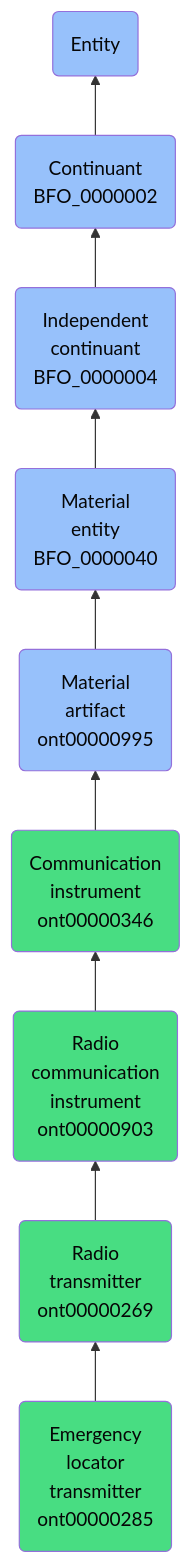
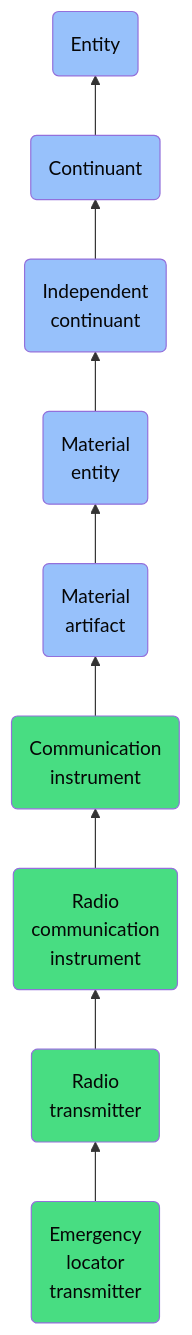
The diagram in docs/ontology/reference/model/Entity/Continuant/Independent continuant/Material entity/Material artifact/Communication instrument/Radio communication instrument/Radio transmitter/Emergency locator transmitter/Emergency locator transmitter.md (jupyter-naas/abi), drawn with Mermaid before and after one commit. The commit also changed other lines of this file and 1430 other files, not shown here.

````diff
--- a/docs/ontology/reference/model/Entity/Continuant/Independent continuant/Material entity/Material artifact/Communication instrument/Radio communication instrument/Radio transmitter/Emergency locator transmitter/Emergency locator transmitter.md
+++ b/docs/ontology/reference/model/Entity/Continuant/Independent continuant/Material entity/Material artifact/Communication instrument/Radio communication instrument/Radio transmitter/Emergency locator transmitter/Emergency locator transmitter.md
@@ -24,16 +24,16 @@
 ```mermaid
 graph BT
-    ont00000285(Emergency<br>locator<br>transmitter<br>ont00000285):::ABI-->ont00000269
-    ont00000269(Radio<br>transmitter<br>ont00000269):::ABI-->ont00000903
-    ont00000903(Radio<br>communication<br>instrument<br>ont00000903):::ABI-->ont00000346
-    ont00000346(Communication<br>instrument<br>ont00000346):::ABI-->ont00000995
-    ont00000995(Material<br>artifact<br>ont00000995):::BFO-->BFO_0000040
-    BFO_0000040(Material<br>entity<br>BFO_0000040):::BFO-->BFO_0000004
-    BFO_0000004(Independent<br>continuant<br>BFO_0000004):::BFO-->BFO_0000002
-    BFO_0000002(Continuant<br>BFO_0000002):::BFO-->BFO_0000001
+    ont00000285(Emergency<br>locator<br>transmitter):::ABI-->ont00000269
+    ont00000269(Radio<br>transmitter):::ABI-->ont00000903
+    ont00000903(Radio<br>communication<br>instrument):::ABI-->ont00000346
+    ont00000346(Communication<br>instrument):::ABI-->ont00000995
+    ont00000995(Material<br>artifact):::BFO-->BFO_0000040
+    BFO_0000040(Material<br>entity):::BFO-->BFO_0000004
+    BFO_0000004(Independent<br>continuant):::BFO-->BFO_0000002
+    BFO_0000002(Continuant):::BFO-->BFO_0000001
     BFO_0000001(Entity):::BFO
     
     classDef BFO fill:#97c1fb,color:#060606
     classDef CCO fill:#e4c51e,color:#060606
     classDef ABI fill:#48DD82,color:#060606
 ```
````
